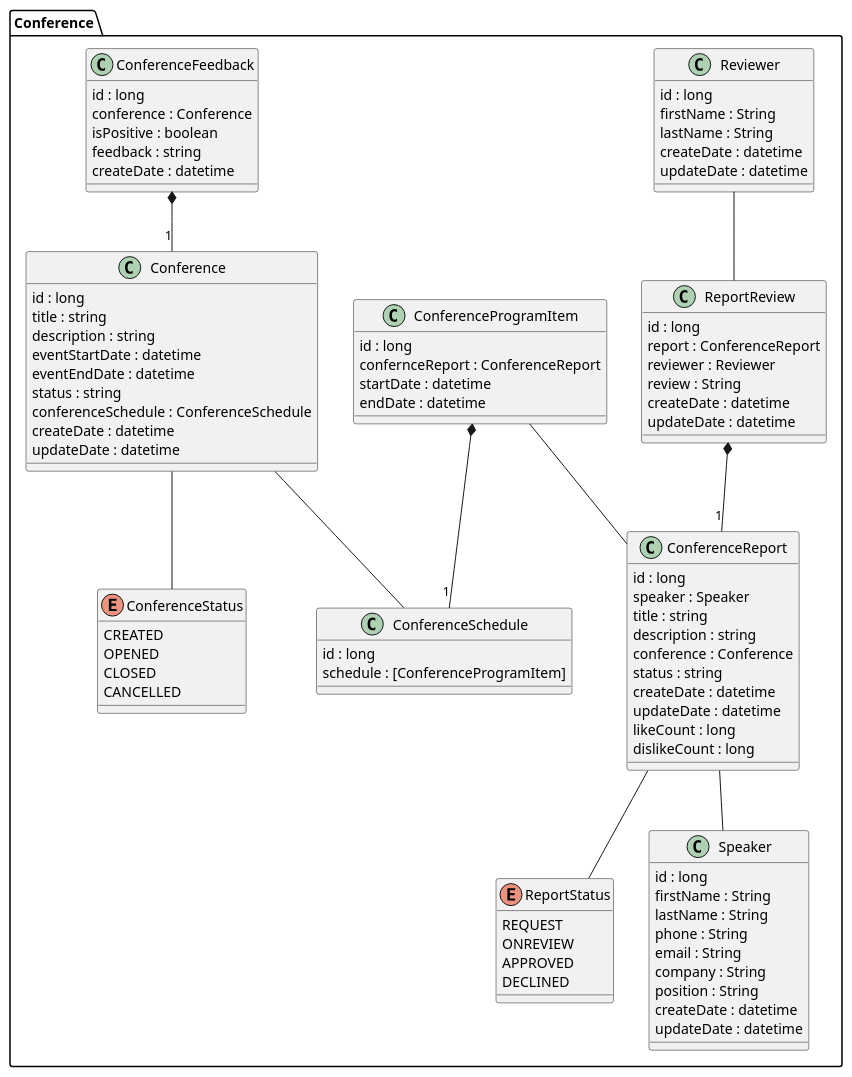
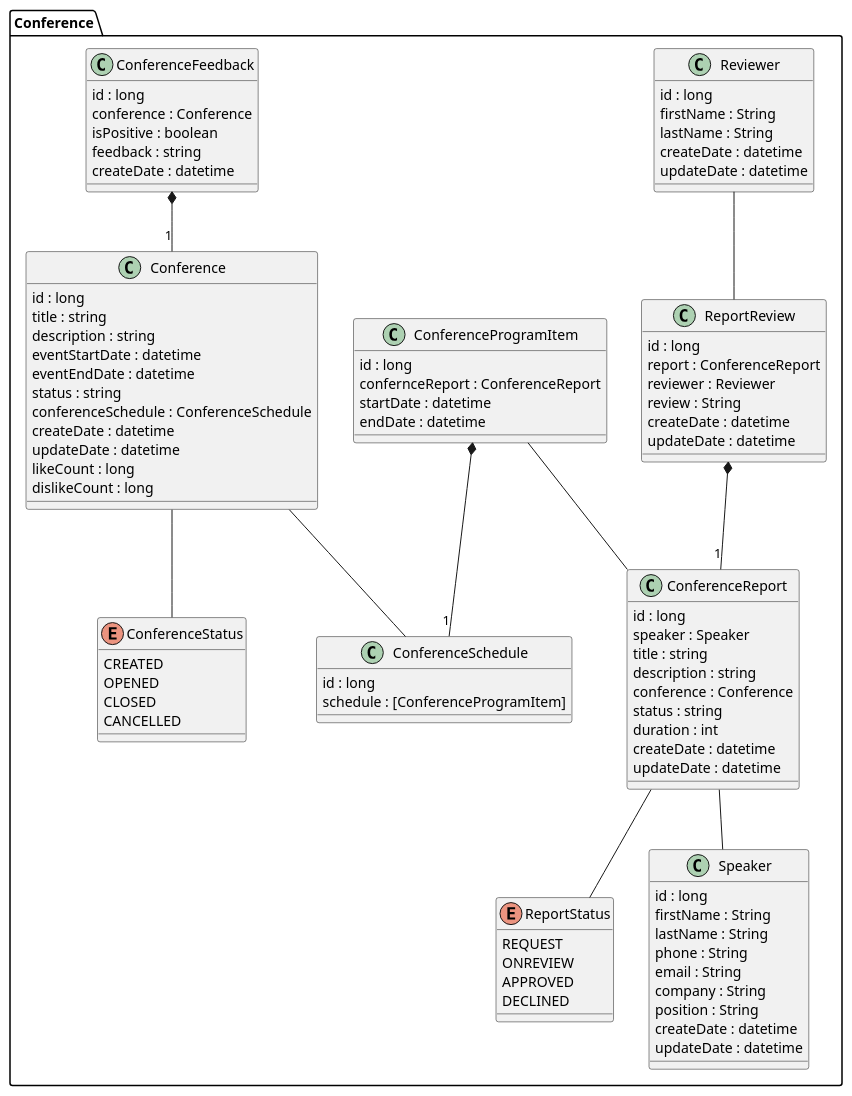
Before and after one commit to Dimets/MTS-arch-basic: the first of 2 diagrams in docs/README.md, drawn with PlantUML. The commit also changed other lines of this file, not shown here.

Commit message:
UC diagramm

```diff
--- a/docs/README.md
+++ b/docs/README.md
@@ -76,6 +85,8 @@
     conferenceSchedule : ConferenceSchedule
     createDate : datetime
     updateDate : datetime
+    likeCount : long
+    dislikeCount : long
   }
 
   enum ConferenceStatus 
@@ -94,10 +105,9 @@
     description : string
     conference : Conference
     status : string
+    duration : int
     createDate : datetime
-    updateDate : datetime 
-    likeCount : long
-    dislikeCount : long
+    updateDate : datetime  
   }
 
   enum ReportStatus
```
